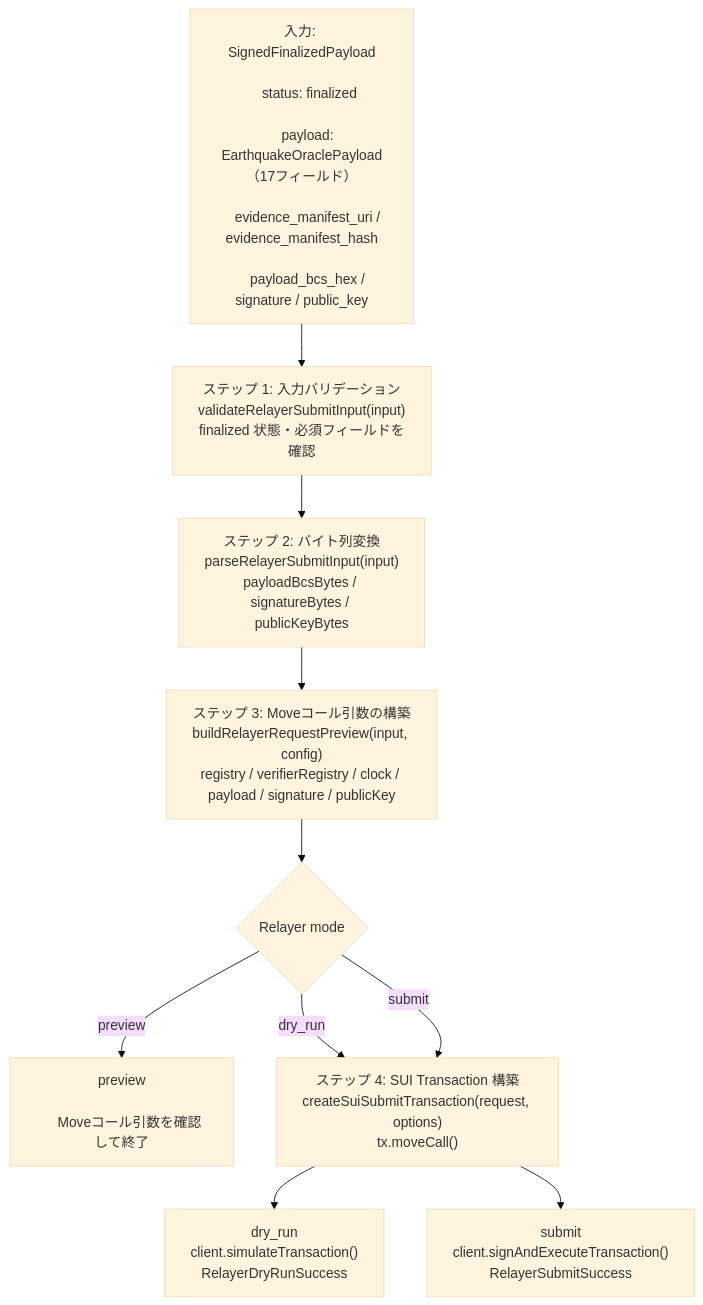
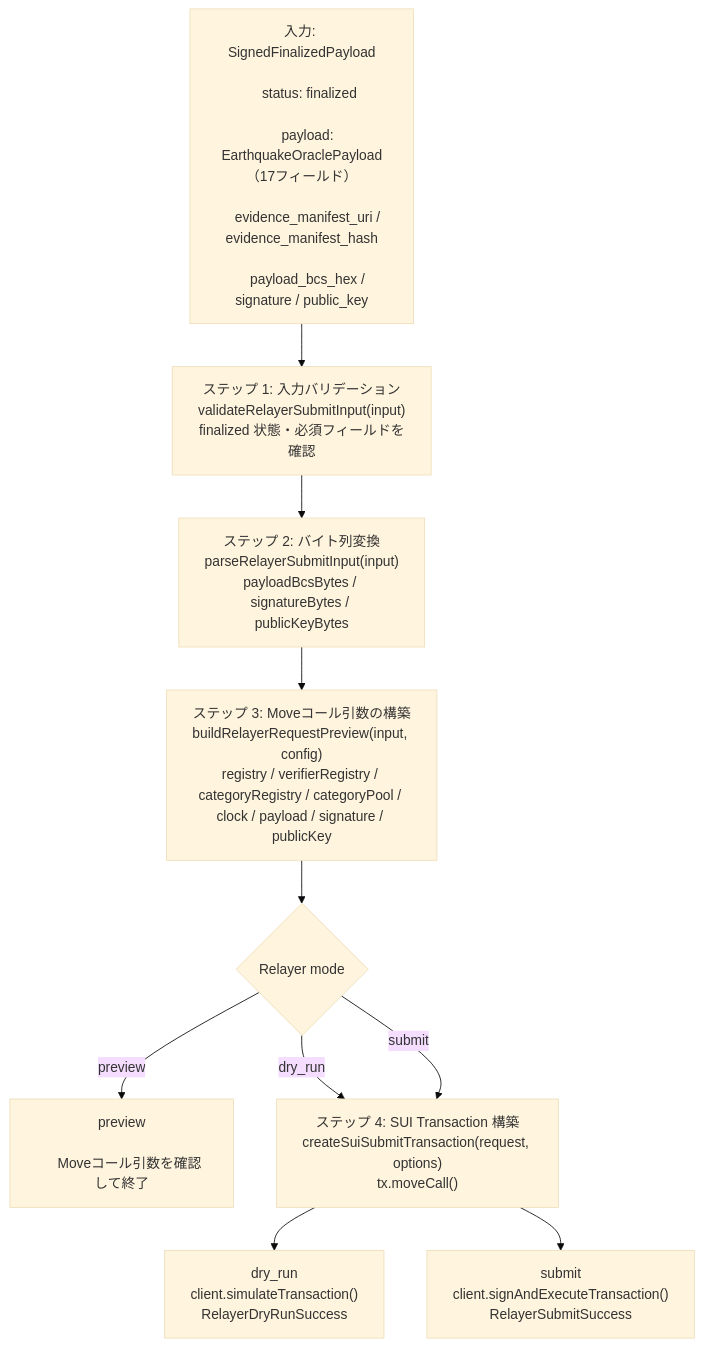
The diagram in nautilus/verifiers/earthquake/relayer/README.md (UnagiLabs/Sonari), drawn with Mermaid (base theme) before and after one commit. The commit also changed other lines of this file and 24 other files, not shown here.

````diff
--- a/nautilus/verifiers/earthquake/relayer/README.md
+++ b/nautilus/verifiers/earthquake/relayer/README.md
@@ -27,34 +27,34 @@
 ```mermaid
 flowchart TD
   input[
     入力: SignedFinalizedPayload<br/>
     status: finalized<br/>
     payload: EarthquakeOraclePayload（17フィールド）<br/>
     evidence_manifest_uri / evidence_manifest_hash<br/>
     payload_bcs_hex / signature / public_key
   ]
 
   validate["ステップ 1: 入力バリデーション<br/>validateRelayerSubmitInput(input)<br/>finalized 状態・必須フィールドを確認"]
 
   parse["ステップ 2: バイト列変換<br/>parseRelayerSubmitInput(input)<br/>payloadBcsBytes / signatureBytes / publicKeyBytes"]
 
-  preview["ステップ 3: Moveコール引数の構築<br/>buildRelayerRequestPreview(input, config)<br/>registry / verifierRegistry / clock / payload / signature / publicKey"]
+  preview["ステップ 3: Moveコール引数の構築<br/>buildRelayerRequestPreview(input, config)<br/>registry / verifierRegistry / categoryRegistry / categoryPool / clock / payload / signature / publicKey"]
 
   mode{Relayer mode}
 
   previewOnly[
     preview<br/>
     Moveコール引数を確認して終了
   ]
 
   tx["ステップ 4: SUI Transaction 構築<br/>createSuiSubmitTransaction(request, options)<br/>tx.moveCall()"]
 
   dryRun["dry_run<br/>client.simulateTransaction()<br/>RelayerDryRunSuccess"]
 
   submit["submit<br/>client.signAndExecuteTransaction()<br/>RelayerSubmitSuccess"]
 
   input --> validate --> parse --> preview --> mode
   mode -->|preview| previewOnly
   mode -->|dry_run| tx --> dryRun
   mode -->|submit| tx --> submit
 ```
````
